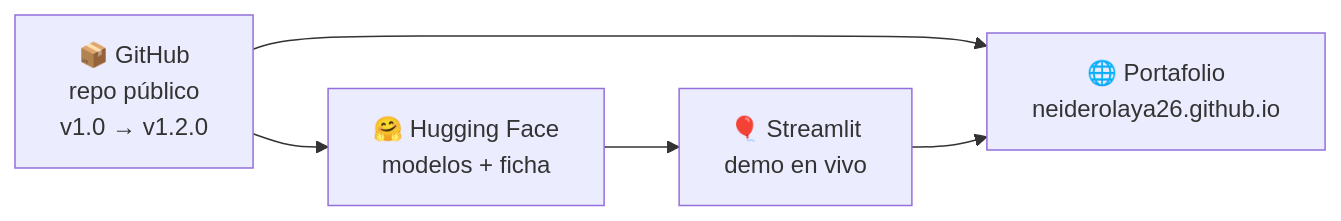
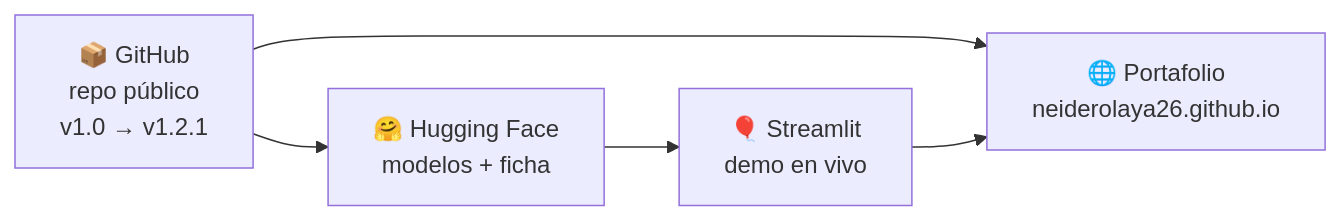
One commit to neiderolaya26/credit-risk-agent-lab changed the fifth of 5 diagrams in docs/guia.md. Above: the diagram before and after it, drawn with Mermaid. The commit also changed other lines of this file and 4 other files, not shown here.

````diff
--- a/docs/guia.md
+++ b/docs/guia.md
@@ -367,7 +367,7 @@
 ```mermaid
 flowchart LR
-    R["📦 GitHub<br/>repo público<br/>v1.0 → v1.2.0"] --> HF["🤗 Hugging Face<br/>modelos + ficha"]
+    R["📦 GitHub<br/>repo público<br/>v1.0 → v1.2.1"] --> HF["🤗 Hugging Face<br/>modelos + ficha"]
     HF --> ST["🎈 Streamlit<br/>demo en vivo"]
     R --> W["🌐 Portafolio<br/>neiderolaya26.github.io"]
     ST --> W
 ```
````
